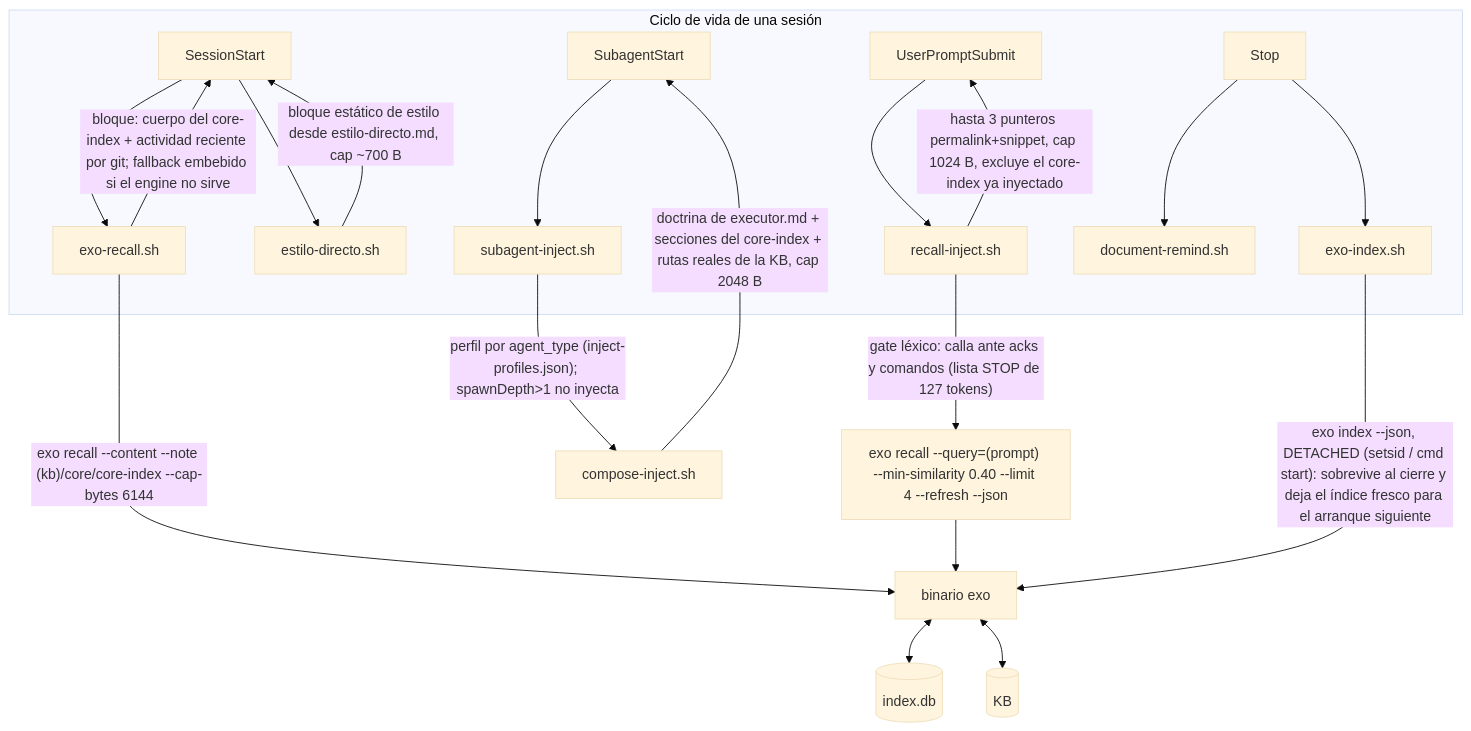
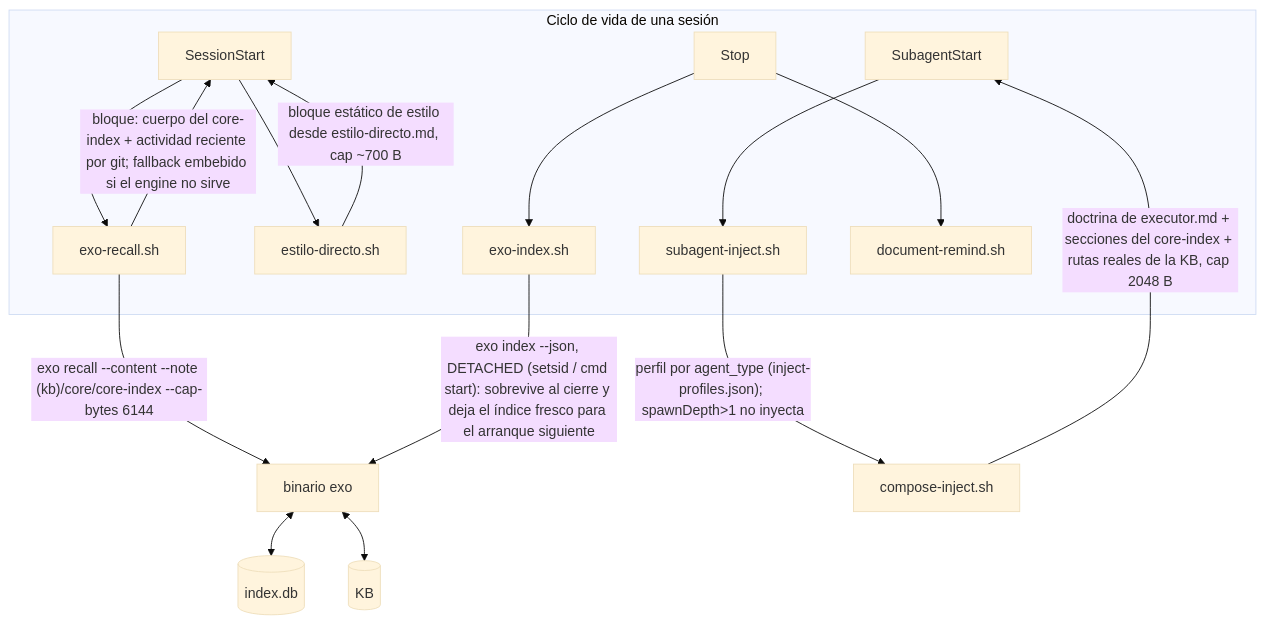
Before and after one commit to pguerrerolinares/exo: the fourth of 4 diagrams in docs/arquitectura.md, drawn with Mermaid (base theme). The commit also changed other lines of this file and 20 other files, not shown here.

First line of the commit message:
docs(recorte): barrido de comentarios y docs tras borrar recall-inject; bump 1.5.7

````diff
--- a/docs/arquitectura.md
+++ b/docs/arquitectura.md
@@ -390,25 +389,20 @@
 ```mermaid
 flowchart TD
     subgraph sesion["Ciclo de vida de una sesión"]
         SS["SessionStart"] --> ERS["exo-recall.sh"]
         SS --> EDS["estilo-directo.sh"]
-        UP["UserPromptSubmit"] --> RIS["recall-inject.sh"]
         SA["SubagentStart"] --> SIS["subagent-inject.sh"]
         ST["Stop"] --> EIS["exo-index.sh"] & DRS["document-remind.sh"]
     end
 
     ERS -->|"exo recall --content --note (kb)/core/core-index --cap-bytes 6144"| ENG["binario exo"]
     ERS -->|"bloque: cuerpo del core-index + actividad reciente por git; fallback embebido si el engine no sirve"| SS
     EDS -->|"bloque estático de estilo desde estilo-directo.md, cap ~700 B"| SS
 
-    RIS -->|"gate léxico: calla ante acks y comandos (lista STOP de 127 tokens)"| RIS2["exo recall --query=(prompt) --min-similarity 0.40 --limit 4 --refresh --json"]
-    RIS2 --> ENG
-    RIS -->|"hasta 3 punteros permalink+snippet, cap 1024 B, excluye el core-index ya inyectado"| UP
-
     SIS -->|"perfil por agent_type (inject-profiles.json); spawnDepth>1 no inyecta"| CIS["compose-inject.sh"]
     CIS -->|"doctrina de executor.md + secciones del core-index + rutas reales de la KB, cap 2048 B"| SA
 
     EIS -->|"exo index --json, DETACHED (setsid / cmd start): sobrevive al cierre y deja el índice fresco para el arranque siguiente"| ENG
     ENG <--> DB[("index.db")]
     ENG <--> KB[("KB")]
 ```
````
